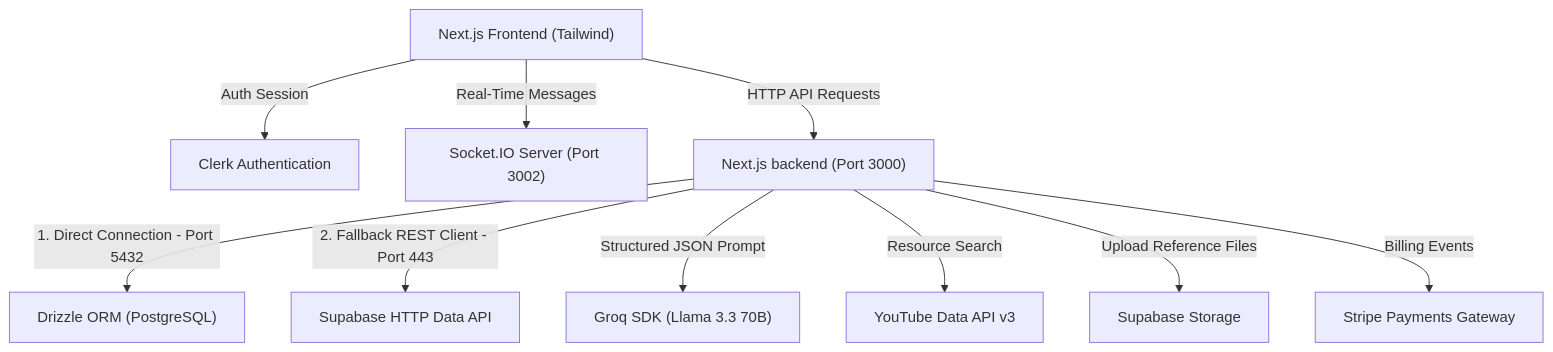
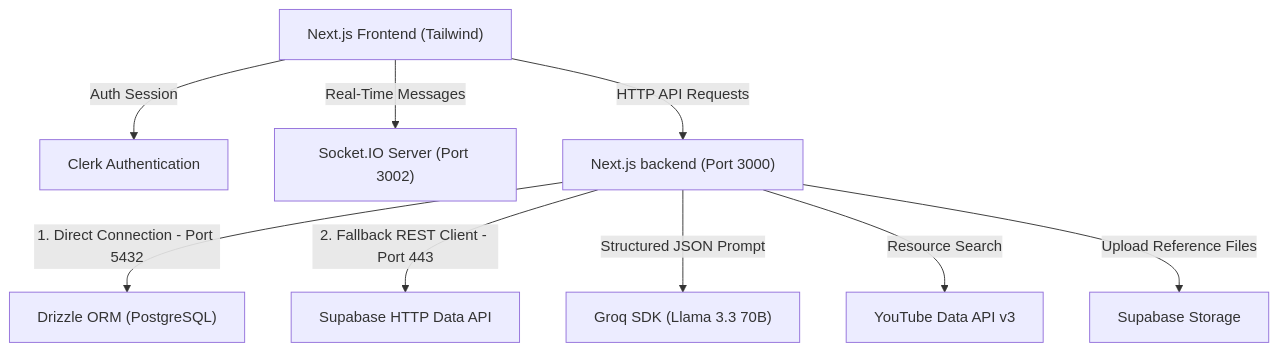
The diagram in README.md (Phantom-TA/Edigo), drawn with Mermaid before and after one commit. The commit also changed other lines of this file, not shown here.

````diff
--- a/README.md
+++ b/README.md
@@ -29,14 +29,13 @@
 ```mermaid
 graph TD
     Client["Next.js Frontend (Tailwind)"] -->|Auth Session| Clerk["Clerk Authentication"]
     Client -->|Real-Time Messages| Socket["Socket.IO Server (Port 3002)"]
     Client -->|HTTP API Requests| NextServer["Next.js backend (Port 3000)"]
     
     NextServer -->|1. Direct Connection - Port 5432| Drizzle["Drizzle ORM (PostgreSQL)"]
     NextServer -->|2. Fallback REST Client - Port 443| Supabase["Supabase HTTP Data API"]
     
     NextServer -->|Structured JSON Prompt| Groq["Groq SDK (Llama 3.3 70B)"]
     NextServer -->|Resource Search| YouTube["YouTube Data API v3"]
     NextServer -->|Upload Reference Files| Storage["Supabase Storage"]
-    NextServer -->|Billing Events| Stripe["Stripe Payments Gateway"]
 ```
````
